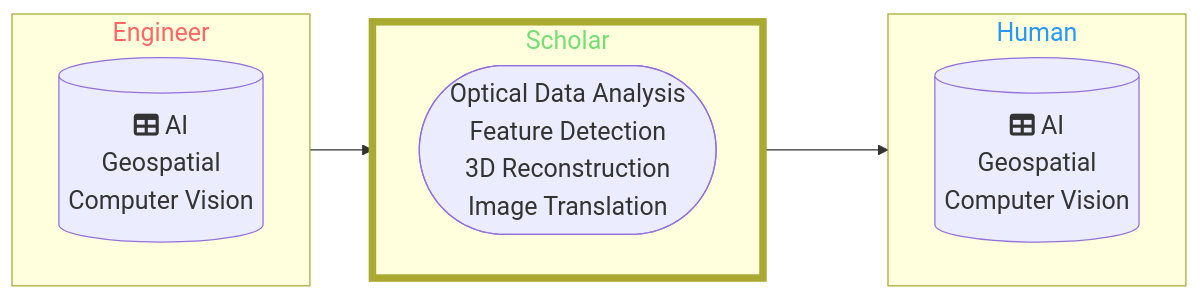
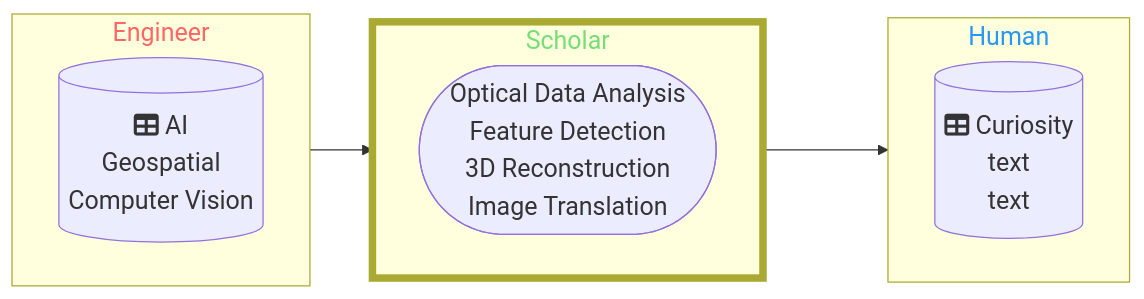
The first of 2 diagrams in README.md (DippoldEJ/DippoldEJ), drawn with Mermaid before and after one commit.

````diff
--- a/README.md
+++ b/README.md
@@ -3,33 +3,33 @@
 ```mermaid
 flowchart LR;
 %%{init: {
 	'themeVariables': { 'fontSize': '20px', 'fontFamily': 'Didot'}
 	}
 }%%
 
 subgraph n[Engineer]
 direction LR;
         b[(fa:fa-table AI <br> Geospatial <br> Computer Vision)]
     end
 
 subgraph o[Scholar]
 direction LR;
         j([Optical Data Analysis <br> Feature Detection <br> 3D Reconstruction <br> Image Translation])
 
     end
 
  subgraph p[Human]
   direction LR;
-    a[(fa:fa-table AI <br> Geospatial <br> Computer Vision)]
+    a[(fa:fa-table Curiosity <br> text <br> text)]
     end
 
 style n color:#f66
 style o stroke-width:6px
 style o color:#77DD77
 style p color:#2798F5
 
 
 n-->o
 o-->p
 
 ```
````
